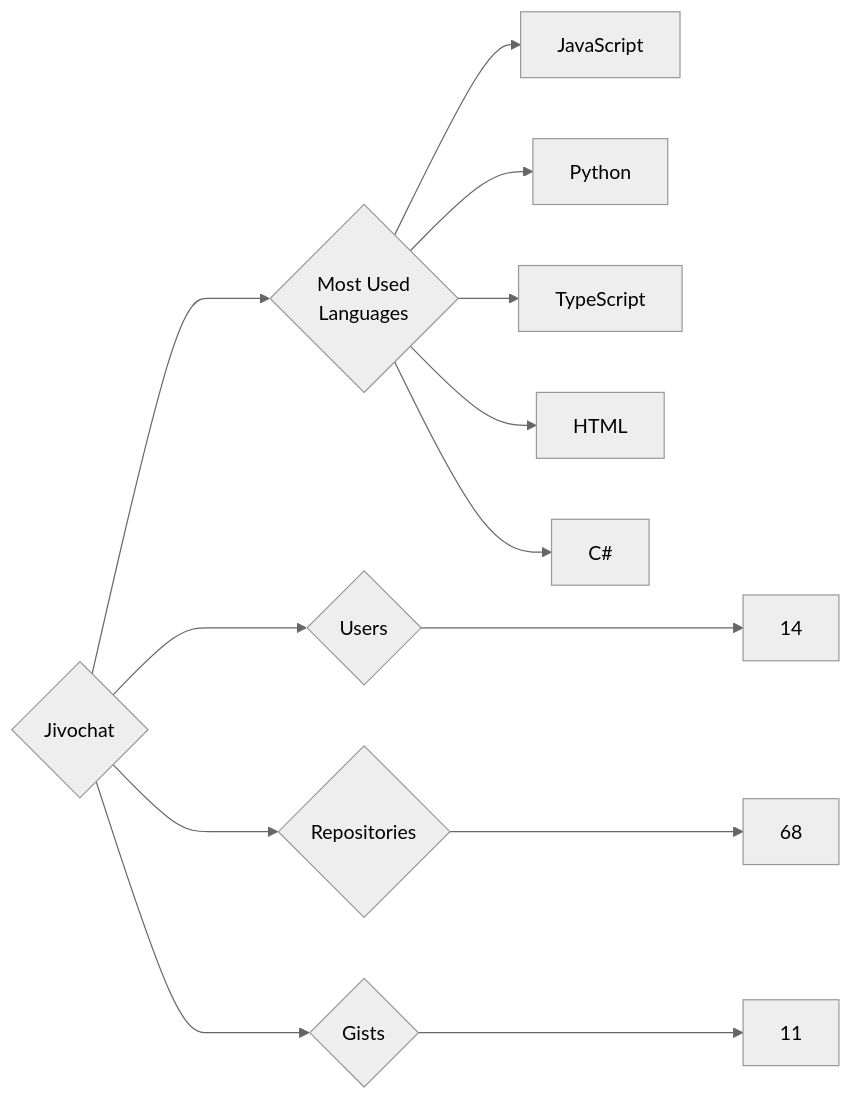
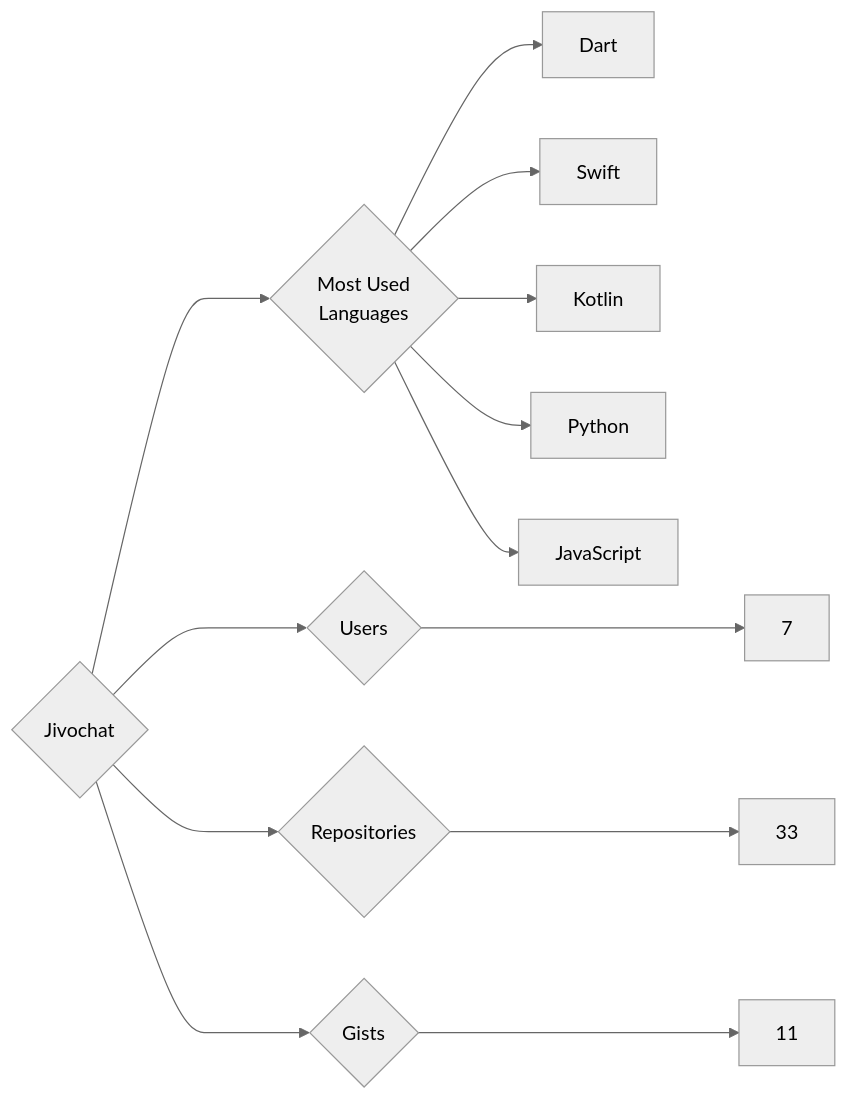
Before and after one commit to trickest/insiders: the diagram in targets/Jivochat/README.md, drawn with Mermaid (neutral theme). The commit also changed 1238 other files, not shown here.

````diff
--- a/targets/Jivochat/README.md
+++ b/targets/Jivochat/README.md
@@ -3,13 +3,13 @@
 ```mermaid
 graph LR
 COMPANY_NAME{Jivochat}
-COMPANY_NAME ---> U{Users} ---> UN[14]
-COMPANY_NAME ---> R{Repositories} ---> RN[68]
+COMPANY_NAME ---> U{Users} ---> UN[7]
+COMPANY_NAME ---> R{Repositories} ---> RN[33]
 COMPANY_NAME ---> G{Gists} ---> GN[11]
 COMPANY_NAME ---> ML{Most Used<br>Languages}
+ML --> Dart[Dart]
+ML --> Swift[Swift]
+ML --> Kotlin[Kotlin]
+ML --> Python[Python]
 ML --> JavaScript[JavaScript]
-ML --> Python[Python]
-ML --> TypeScript[TypeScript]
-ML --> HTML[HTML]
-ML --> C#[C#]
 ```
````
